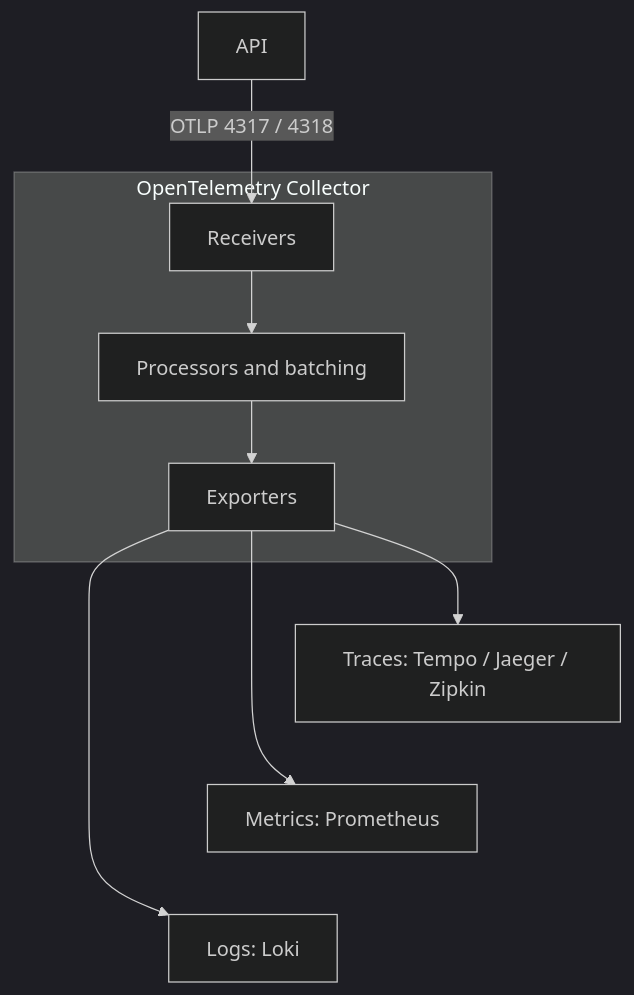
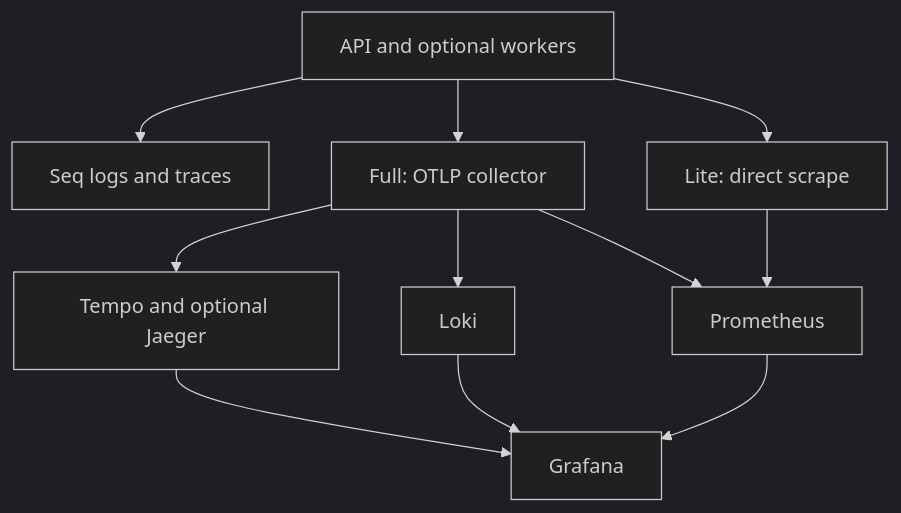
The diagram in wiki/deployment/Observability.md (mhasabalah/StarterKit), drawn with Mermaid (dark theme) before and after one commit. The commit also changed other lines of this file and 15 other files, not shown here.

````diff
--- a/wiki/deployment/Observability.md
+++ b/wiki/deployment/Observability.md
@@ -112,12 +18,13 @@
 ```mermaid
 flowchart TB
-  A[API] -->|OTLP 4317 / 4318| R
-  subgraph Collector[OpenTelemetry Collector]
-    R[Receivers] --> P[Processors and batching] --> E[Exporters]
-  end
-  E --> T[Traces: Tempo / Jaeger / Zipkin]
-  E --> M[Metrics: Prometheus]
-  E --> L[Logs: Loki]
-  T ~~~ M
-  M ~~~ L
+  A[API and optional workers] --> S[Seq logs and traces]
+  A --> O[Full: OTLP collector]
+  O --> T[Tempo and optional Jaeger]
+  O --> L[Loki]
+  O --> P[Prometheus]
+  A --> D[Lite: direct scrape]
+  D --> P
+  P --> G[Grafana]
+  T --> G
+  L --> G
 ```
````
